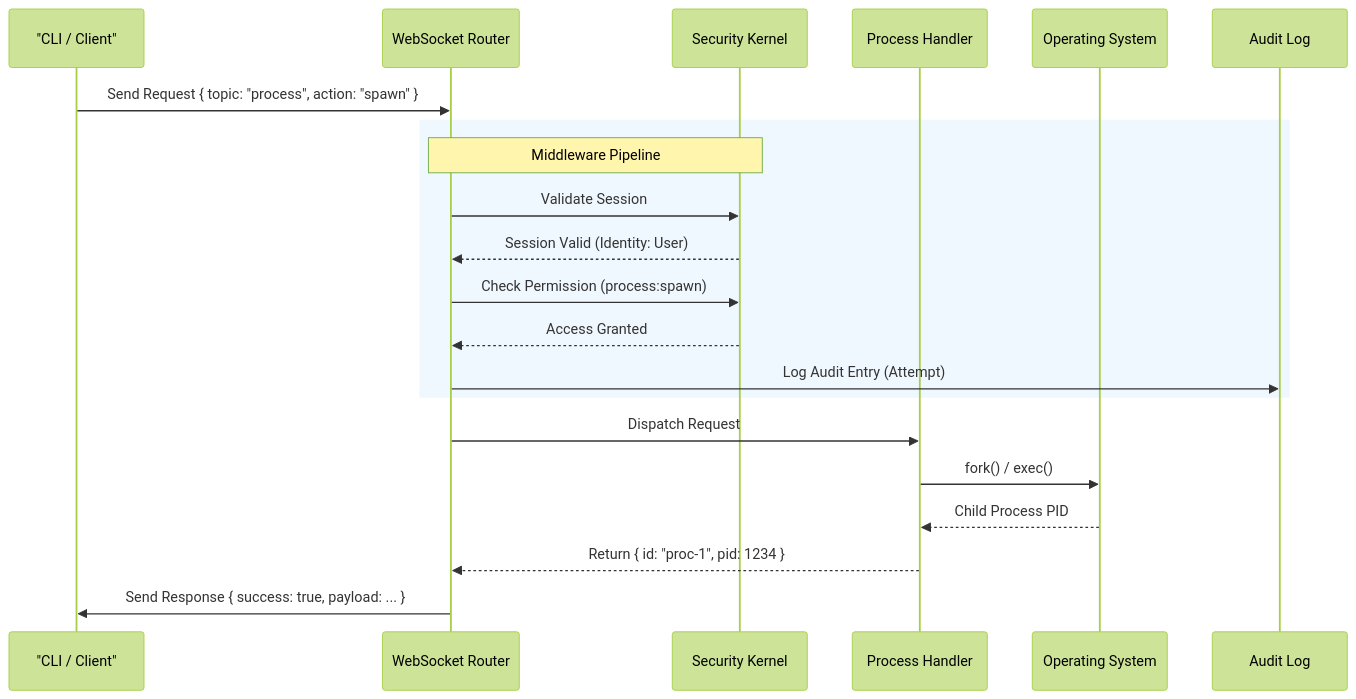
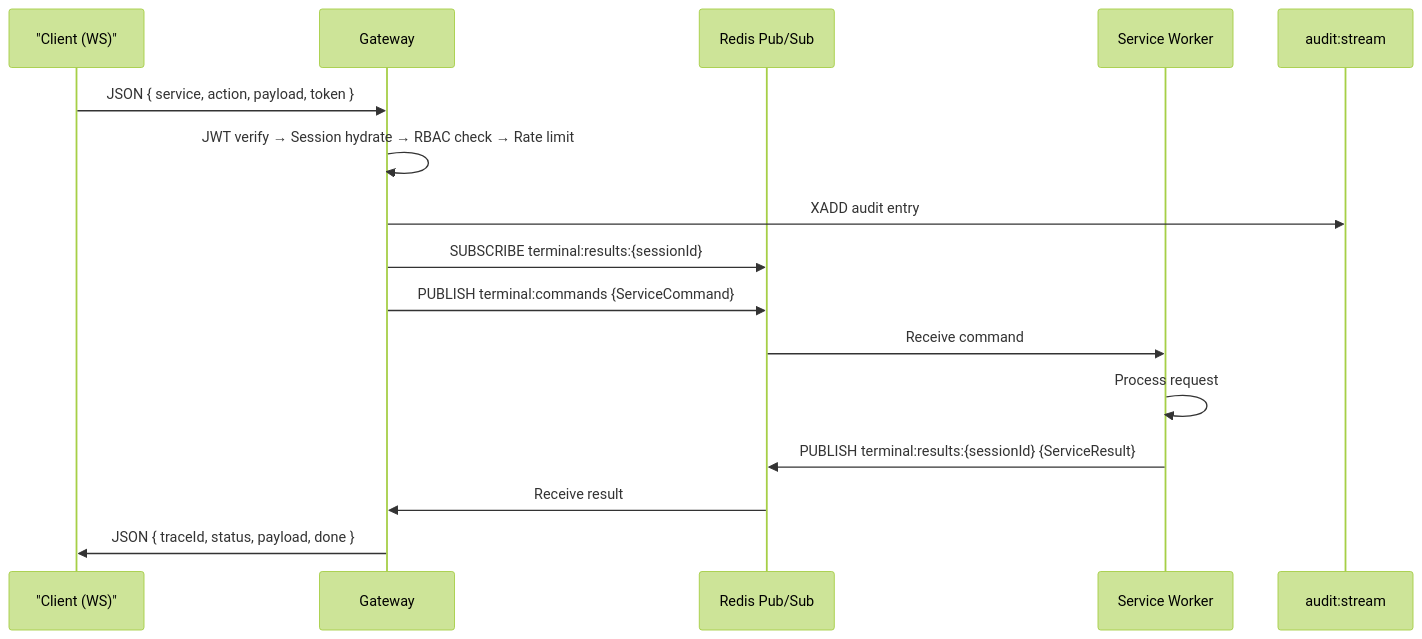
The diagram in docs/architecture/data-flow.md (Psyborgs-git/vloop.app), drawn with Mermaid (forest theme) before and after one commit. The commit also changed other lines of this file and 7 other files, not shown here.

Commit message:
feat: add service worker tests (fs/vault/ai), fix corrupted services test, update docs

````diff
--- a/docs/architecture/data-flow.md
+++ b/docs/architecture/data-flow.md
@@ -33,31 +74,19 @@
 ```mermaid
 sequenceDiagram
-    participant User as "CLI / Client"
-    participant API as WebSocket Router
-    participant Auth as Security Kernel
-    participant Handler as Process Handler
-    participant OS as Operating System
-    participant DB as Audit Log
+    participant Client as "Client (WS)"
+    participant GW as Gateway
+    participant Redis as Redis Pub/Sub
+    participant Service as Service Worker
+    participant Audit as audit:stream
 
-    User->>API: Send Request { topic: "process", action: "spawn" }
-
-    rect rgb(240, 248, 255)
-        Note over API, Auth: Middleware Pipeline
-        API->>Auth: Validate Session
-        Auth-->>API: Session Valid (Identity: User)
-
-        API->>Auth: Check Permission (process:spawn)
-        Auth-->>API: Access Granted
-
-        API->>DB: Log Audit Entry (Attempt)
-    end
-
-    API->>Handler: Dispatch Request
-
-    Handler->>OS: fork() / exec()
-    OS-->>Handler: Child Process PID
-
-    Handler-->>API: Return { id: "proc-1", pid: 1234 }
-
-    API->>User: Send Response { success: true, payload: ... }
+    Client->>GW: JSON { service, action, payload, token }
+    GW->>GW: JWT verify → Session hydrate → RBAC check → Rate limit
+    GW->>Audit: XADD audit entry
+    GW->>Redis: SUBSCRIBE terminal:results:{sessionId}
+    GW->>Redis: PUBLISH terminal:commands {ServiceCommand}
+    Redis->>Service: Receive command
+    Service->>Service: Process request
+    Service->>Redis: PUBLISH terminal:results:{sessionId} {ServiceResult}
+    Redis->>GW: Receive result
+    GW->>Client: JSON { traceId, status, payload, done }
 ```
````
